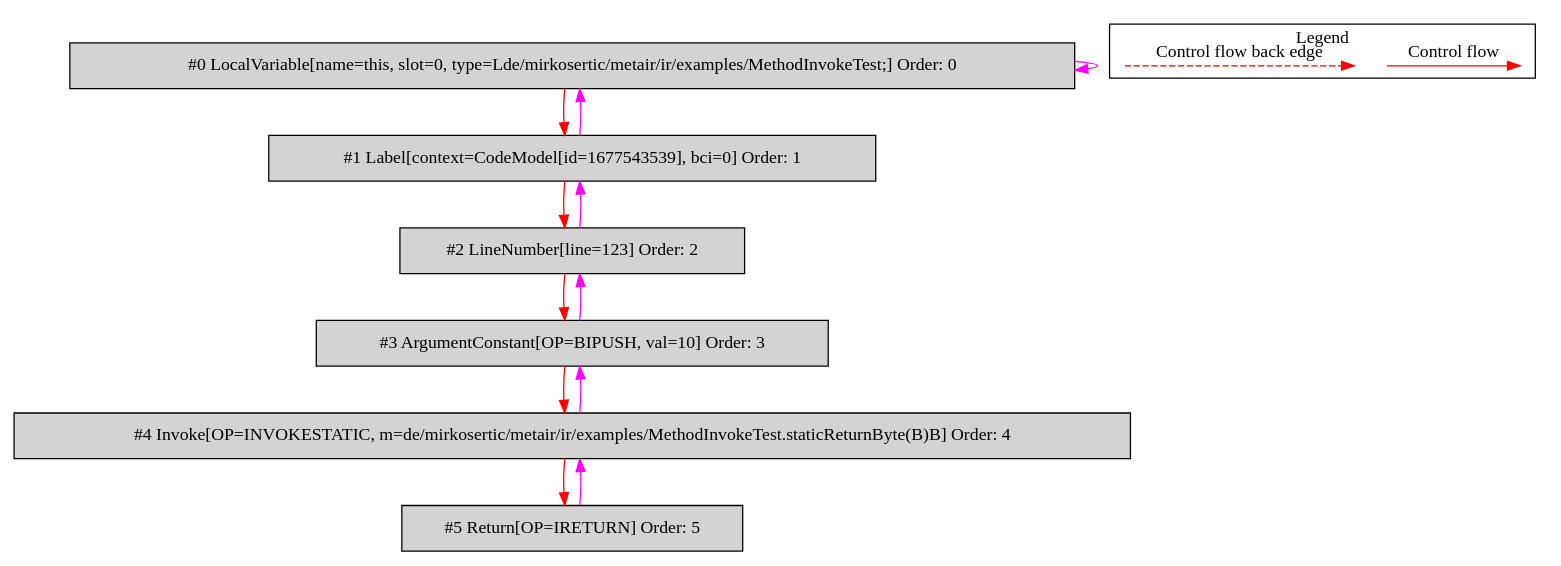
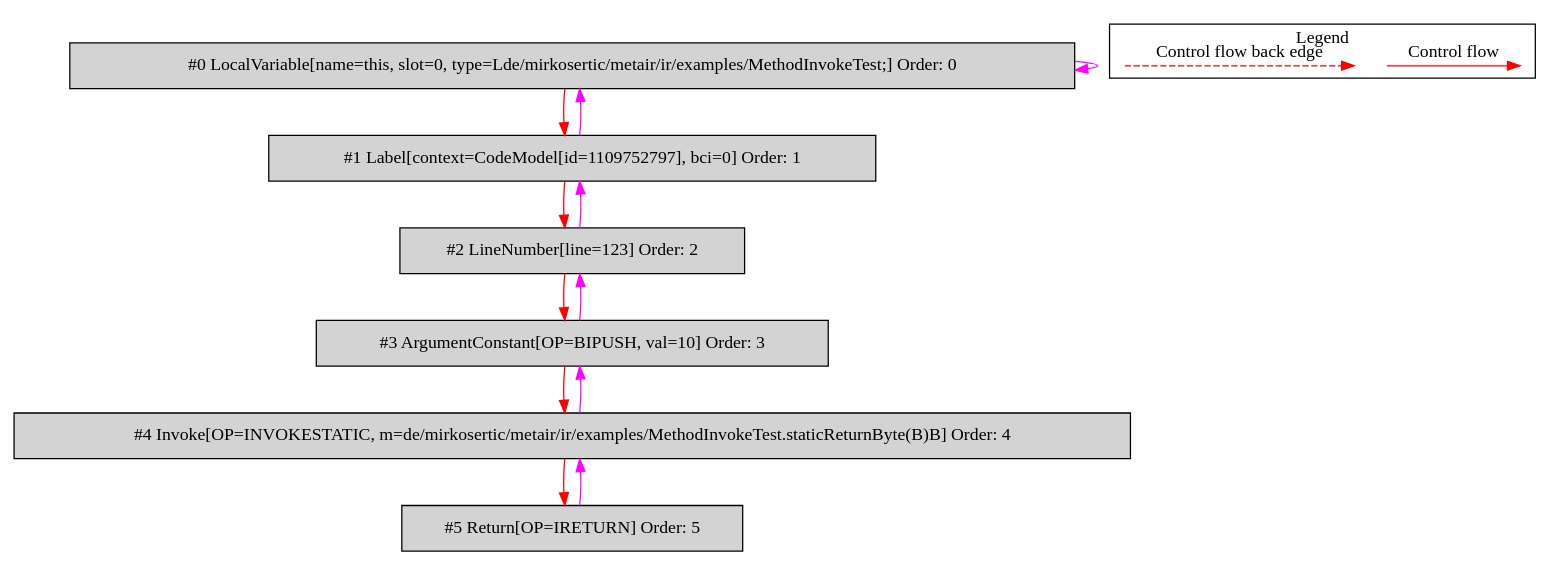
The diagram in de.mirkosertic.metair.ir.examples.MethodInvokeTest/returnByte/bytecodecfg.dot (mirkosertic/MetaIR), drawn with Graphviz before and after one commit. The commit also changed 488 other files, not shown here.

```diff
--- a/de.mirkosertic.metair.ir.examples.MethodInvokeTest/returnByte/bytecodecfg.dot
+++ b/de.mirkosertic.metair.ir.examples.MethodInvokeTest/returnByte/bytecodecfg.dot
@@ -1,34 +1,34 @@
 digraph {
  ordering="in";
  node0[label="#0 LocalVariable[name=this, slot=0, type=Lde/mirkosertic/metair/ir/examples/MethodInvokeTest;] Order: 0", shape=box, fillcolor=lightgrey, style=filled];
- node1[label="#1 Label[context=CodeModel[id=1677543539], bci=0] Order: 1", shape=box, fillcolor=lightgrey, style=filled];
+ node1[label="#1 Label[context=CodeModel[id=1109752797], bci=0] Order: 1", shape=box, fillcolor=lightgrey, style=filled];
  node2[label="#2 LineNumber[line=123] Order: 2", shape=box, fillcolor=lightgrey, style=filled];
  node3[label="#3 ArgumentConstant[OP=BIPUSH, val=10] Order: 3", shape=box, fillcolor=lightgrey, style=filled];
  node4[label="#4 Invoke[OP=INVOKESTATIC, m=de/mirkosertic/metair/ir/examples/MethodInvokeTest.staticReturnByte(B)B] Order: 4", shape=box, fillcolor=lightgrey, style=filled];
  node5[label="#5 Return[OP=IRETURN] Order: 5", shape=box, fillcolor=lightgrey, style=filled];
  node0 -> node0[color=fuchsia];
  node0 -> node1[color=red];
  node1 -> node0[color=fuchsia];
  node1 -> node2[color=red];
  node2 -> node1[color=fuchsia];
  node2 -> node3[color=red];
  node3 -> node2[color=fuchsia];
  node3 -> node4[color=red];
  node4 -> node3[color=fuchsia];
  node4 -> node5[color=red];
  node5 -> node4[color=fuchsia];
  subgraph cluster_000 {
   label = "Legend";
   node [shape=point]
   {
    rank=same;
    c0 [style = invis];
    c1 [style = invis];
    c2 [style = invis];
    c3 [style = invis];
   }
   c0 -> c1 [label="Control flow", style=solid, color=red]
   c2 -> c3 [label="Control flow back edge", style=dashed, color=red]
  }
 
 }
```
